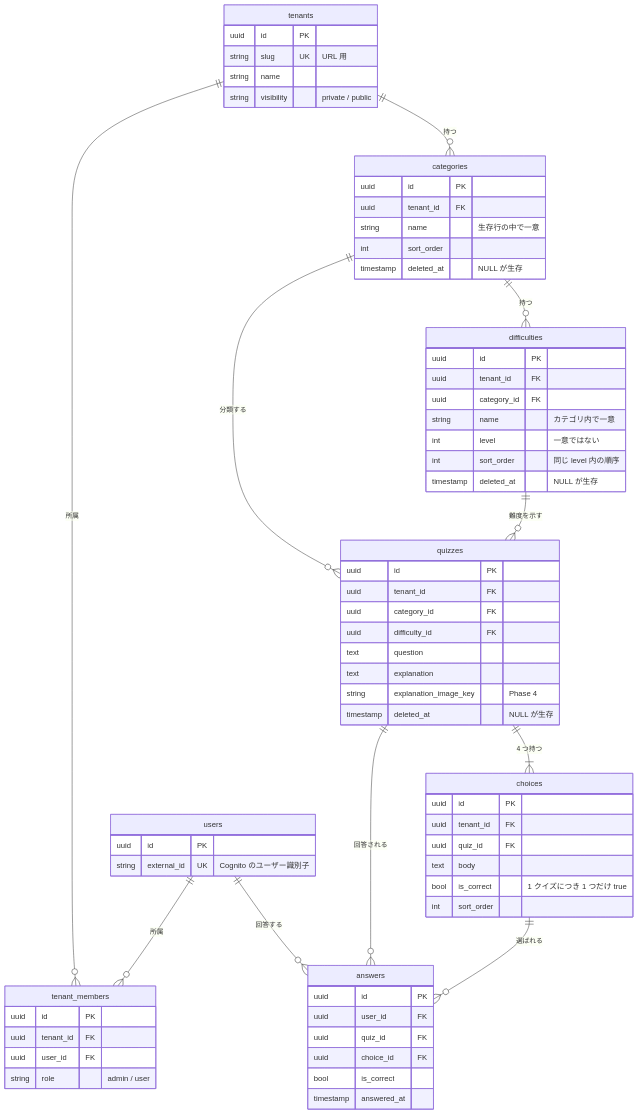
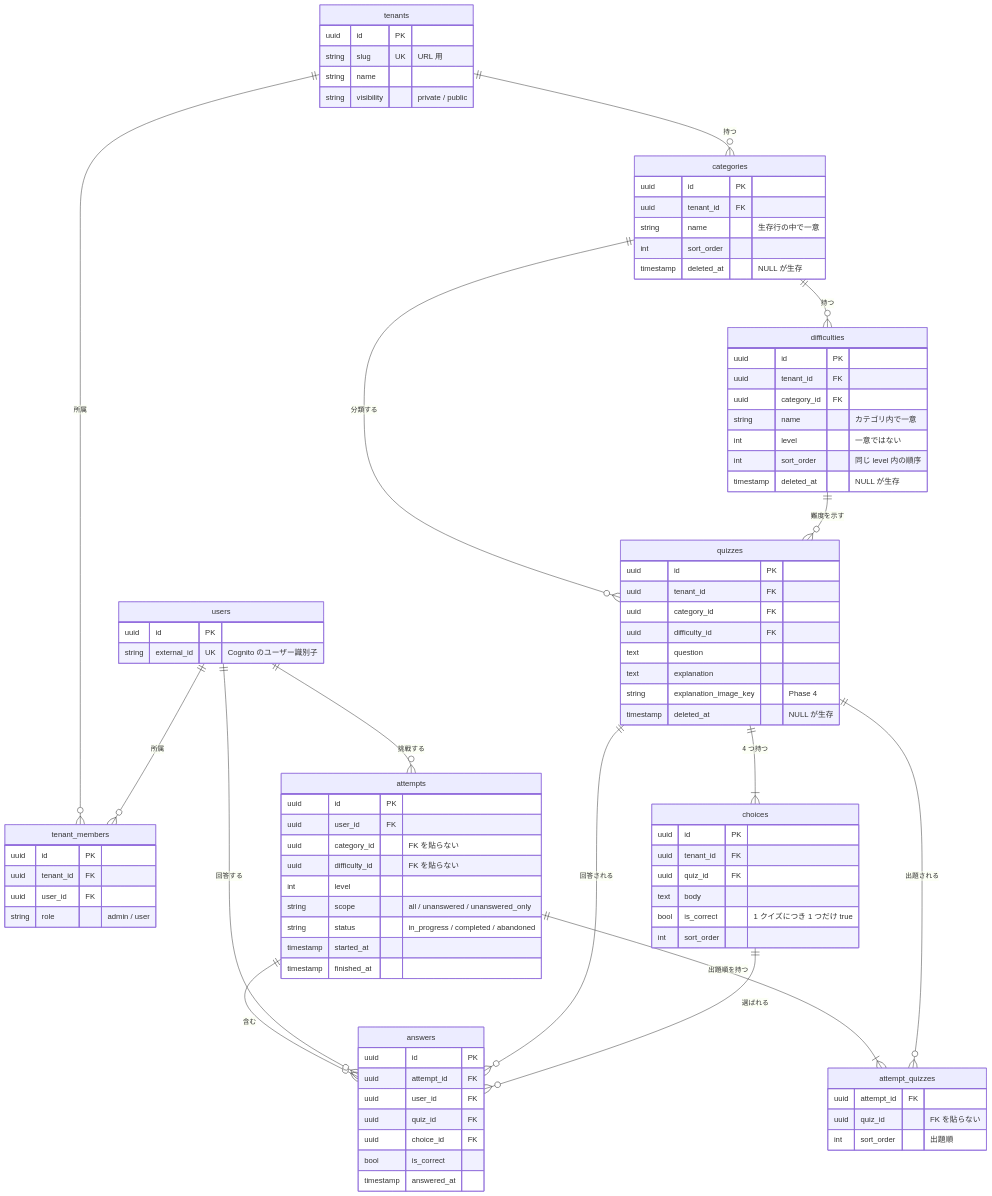
The diagram in docs/domain-model.md (fujitamasayoshi0402/quiz-app), drawn with Mermaid before and after one commit. The commit also changed other lines of this file and 2 other files, not shown here.

```diff
--- a/docs/domain-model.md
+++ b/docs/domain-model.md
@@ -210,6 +248,10 @@
     categories ||--o{ quizzes : "分類する"
     difficulties ||--o{ quizzes : "難度を示す"
     quizzes ||--|{ choices : "4 つ持つ"
+    users ||--o{ attempts : "挑戦する"
+    attempts ||--|{ attempt_quizzes : "出題順を持つ"
+    quizzes ||--o{ attempt_quizzes : "出題される"
+    attempts ||--o{ answers : "含む"
     users ||--o{ answers : "回答する"
     quizzes ||--o{ answers : "回答される"
     choices ||--o{ answers : "選ばれる"
@@ -264,8 +306,25 @@
         bool is_correct "1 クイズにつき 1 つだけ true"
         int sort_order
     }
+    attempts {
+        uuid id PK
+        uuid user_id FK
+        uuid category_id "FK を貼らない"
+        uuid difficulty_id "FK を貼らない"
+        int level
+        string scope "all / unanswered / unanswered_only"
+        string status "in_progress / completed / abandoned"
+        timestamp started_at
+        timestamp finished_at
+    }
+    attempt_quizzes {
+        uuid attempt_id FK
+        uuid quiz_id "FK を貼らない"
+        int sort_order "出題順"
+    }
     answers {
         uuid id PK
+        uuid attempt_id FK
         uuid user_id FK
         uuid quiz_id FK
         uuid choice_id FK
```
